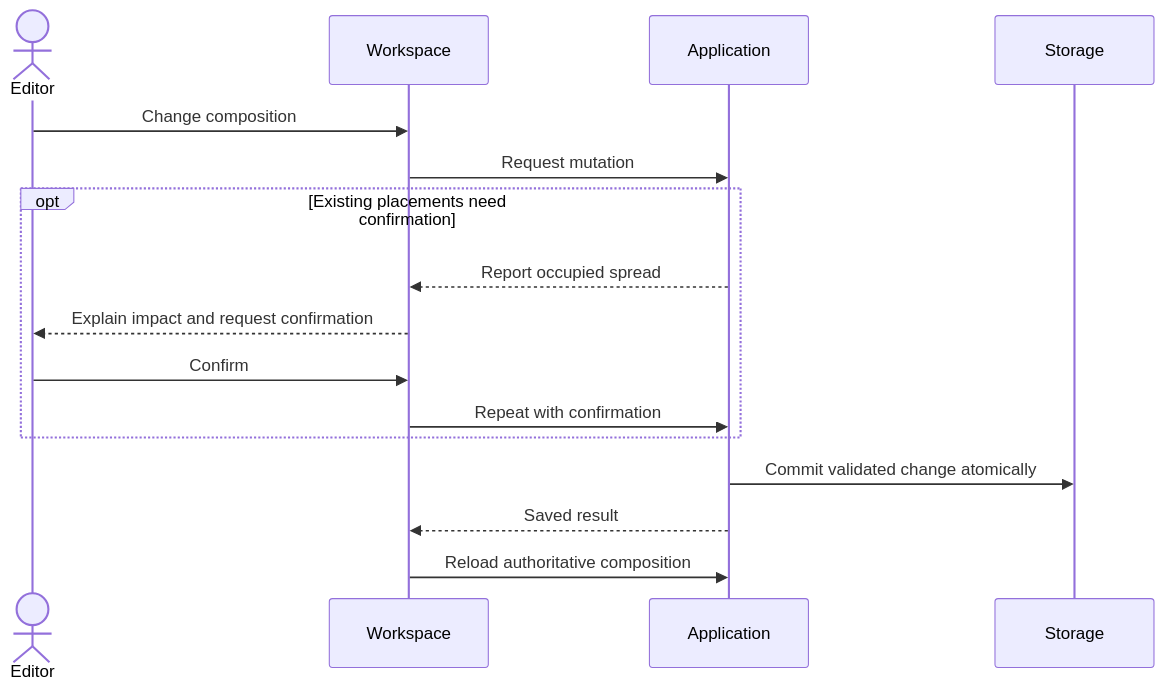
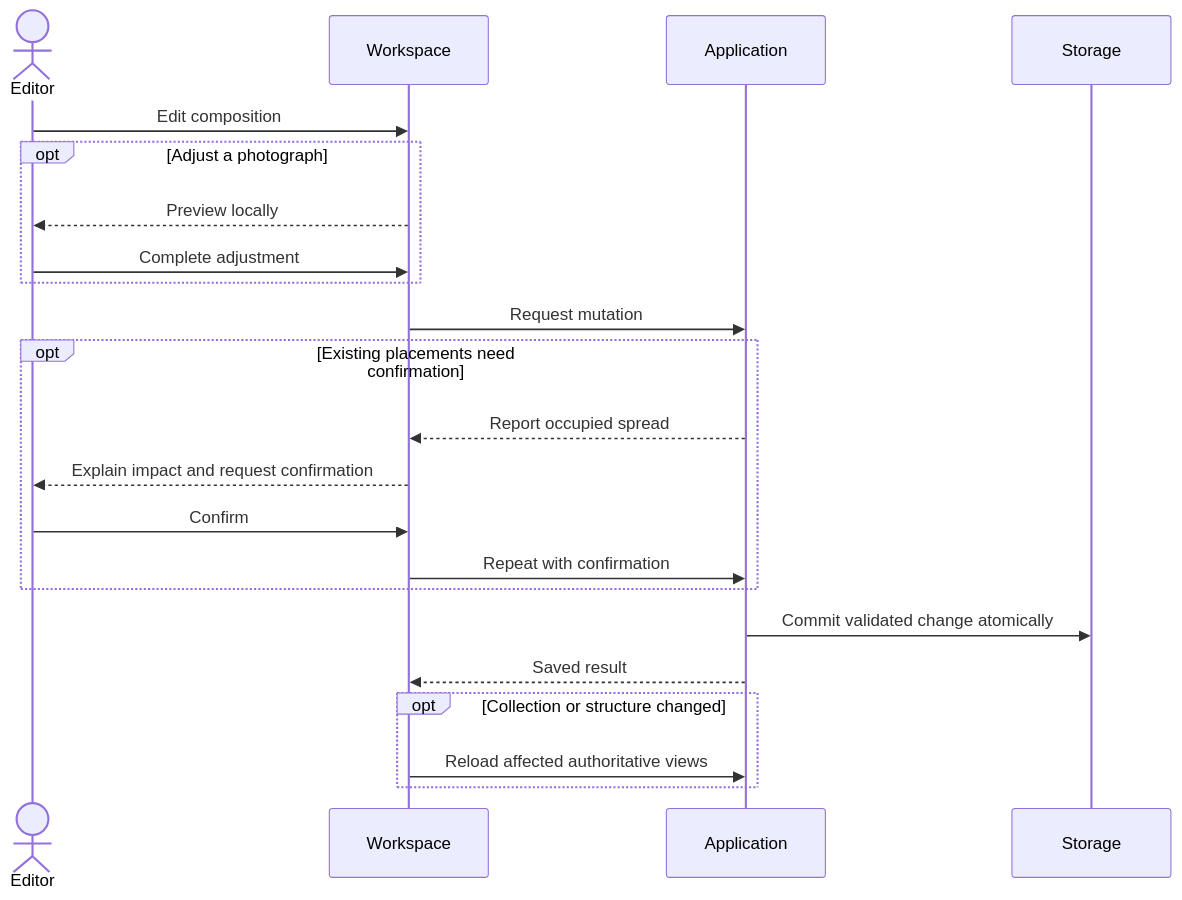
The fourth of 5 diagrams in specs/design.md (Shepherd-s-Den/photography), drawn with Mermaid before and after one commit. The commit also changed other lines of this file and 1 other file, not shown here.

Commit message:
Archive photo placement and synchronize living design (#101)
* Archive photo placement and synchronize living design

Integrate persisted browser photo editing and save recovery into the composition lifecycle after all implementation slices merged.

* Clarify conditional view refresh in editing lifecycle

Completed photo adjustments save without refreshing workspace views; collection and structure changes reload affected authoritative views.

---------

````diff
--- a/specs/design.md
+++ b/specs/design.md
@@ -56,18 +56,24 @@
 ```mermaid
 sequenceDiagram
   actor Editor
   participant Workspace
   participant Application
   participant Storage
-  Editor->>Workspace: Change composition
+  Editor->>Workspace: Edit composition
+  opt Adjust a photograph
+    Workspace-->>Editor: Preview locally
+    Editor->>Workspace: Complete adjustment
+  end
   Workspace->>Application: Request mutation
   opt Existing placements need confirmation
     Application-->>Workspace: Report occupied spread
     Workspace-->>Editor: Explain impact and request confirmation
     Editor->>Workspace: Confirm
     Workspace->>Application: Repeat with confirmation
   end
   Application->>Storage: Commit validated change atomically
   Application-->>Workspace: Saved result
-  Workspace->>Application: Reload authoritative composition
+  opt Collection or structure changed
+    Workspace->>Application: Reload affected authoritative views
+  end
 ```
````
